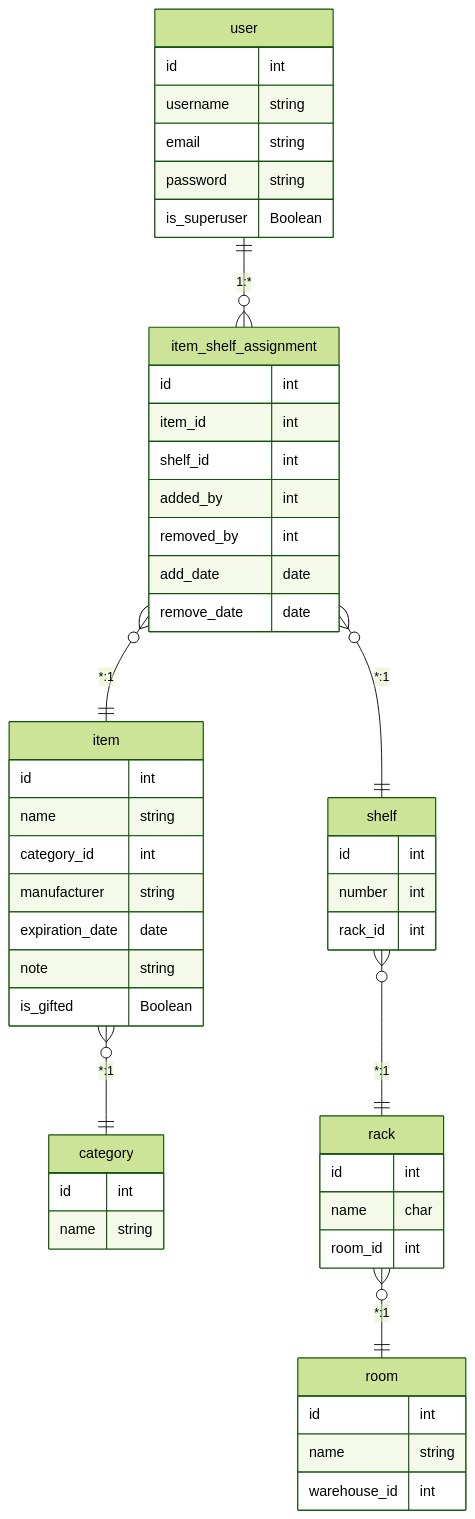
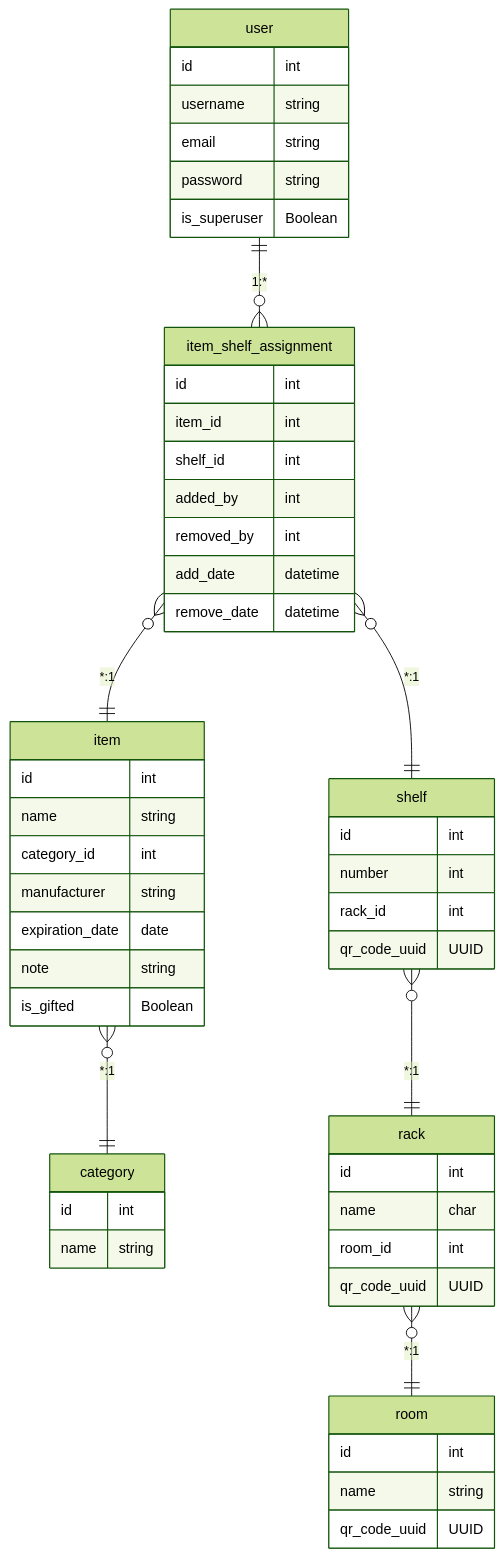
One commit to agoralewski/ce-it-hub-hackathon-2025 changed the diagram in README.md. Above: the diagram before and after it, drawn with Mermaid (forest theme).

Commit message:
update readme mermaid diagram

````diff
--- a/README.md
+++ b/README.md
@@ -111,54 +111,56 @@
 ```mermaid
 erDiagram
     user {
         id int
         username string
         email string
         password string
         is_superuser Boolean
     }
     item_shelf_assignment {
         id int
         item_id int
         shelf_id int
         added_by int
         removed_by int
-        add_date date
-        remove_date date
+        add_date datetime
+        remove_date datetime
     }
     item {
         id int
         name string
         category_id int
         manufacturer string
         expiration_date date
         note string
         is_gifted Boolean
     }
     category {
         id int
         name string
     }
     shelf {
         id int
         number int
         rack_id int
+        qr_code_uuid UUID
     }
     rack {
         id int
         name char
         room_id int
+        qr_code_uuid UUID
     }
     room {
         id int
         name string
-        warehouse_id int
+        qr_code_uuid UUID
     }
  
     user ||--o{ item_shelf_assignment: "1:*"
     item_shelf_assignment }o--|| item : "*:1"
     item }o--|| category : "*:1"
     item_shelf_assignment }o--|| shelf : "*:1"
     shelf }o--|| rack : "*:1"
     rack }o--|| room : "*:1"
 ```
````
